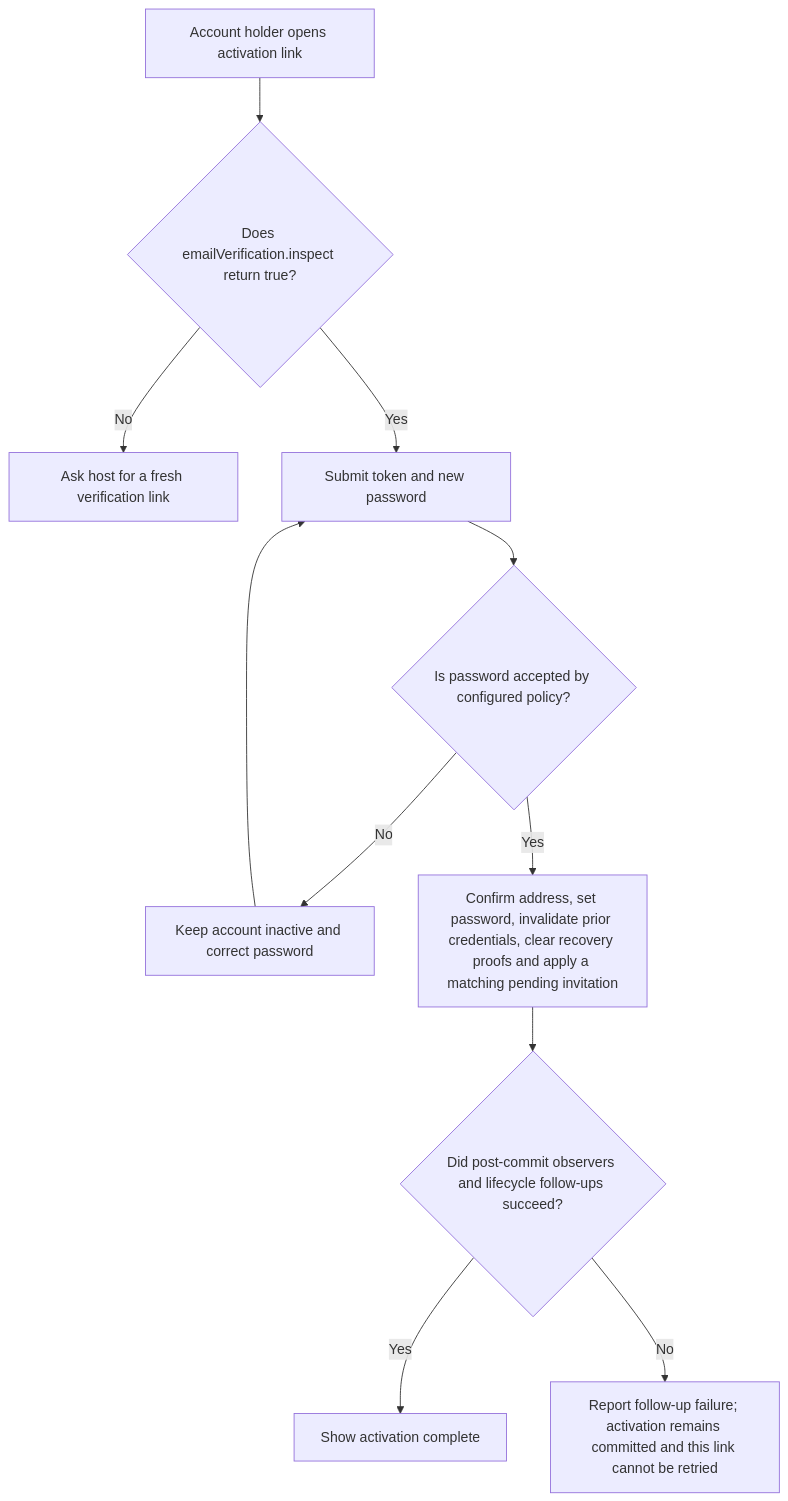
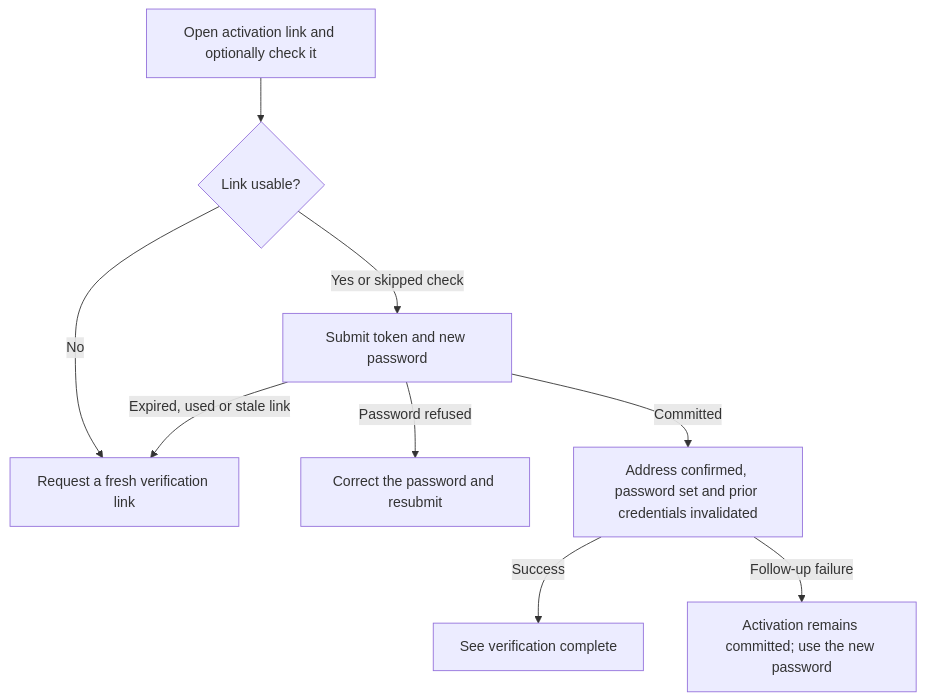
The first of 2 diagrams in user-stories/US-ACCOUNT-38-complete-email-verification.md (Kevinjohn/oss-adonisjs-account-kit), drawn with Mermaid before and after one commit. The commit also changed other lines of this file and 70 other files, not shown here.

````diff
--- a/user-stories/US-ACCOUNT-38-complete-email-verification.md
+++ b/user-stories/US-ACCOUNT-38-complete-email-verification.md
@@ -20,13 +22,11 @@
 ```mermaid
 flowchart TD
- A["Account holder opens activation link"] --> B{"Does emailVerification.inspect return true?"}
- B -->|No| C["Ask host for a fresh verification link"]
- B -->|Yes| D["Submit token and new password"]
- D --> E{"Is password accepted by configured policy?"}
- E -->|No| F["Keep account inactive and correct password"]
- F --> D
- E -->|Yes| G["Confirm address, set password, invalidate prior credentials, clear recovery proofs and apply a matching pending invitation"]
- G --> H{"Did post-commit observers and lifecycle follow-ups succeed?"}
- H -->|Yes| I["Show activation complete"]
- H -->|No| J["Report follow-up failure; activation remains committed and this link cannot be retried"]
+  A["Open activation link and optionally check it"] --> B{"Link usable?"}
+  B -->|No| C["Request a fresh verification link"]
+  B -->|Yes or skipped check| D["Submit token and new password"]
+  D -->|Password refused| F["Correct the password and resubmit"]
+  D -->|Expired, used or stale link| C
+  D -->|Committed| G["Address confirmed, password set and prior credentials invalidated"]
+  G -->|Success| I["See verification complete"]
+  G -->|Follow-up failure| J["Activation remains committed; use the new password"]
 ```
````
